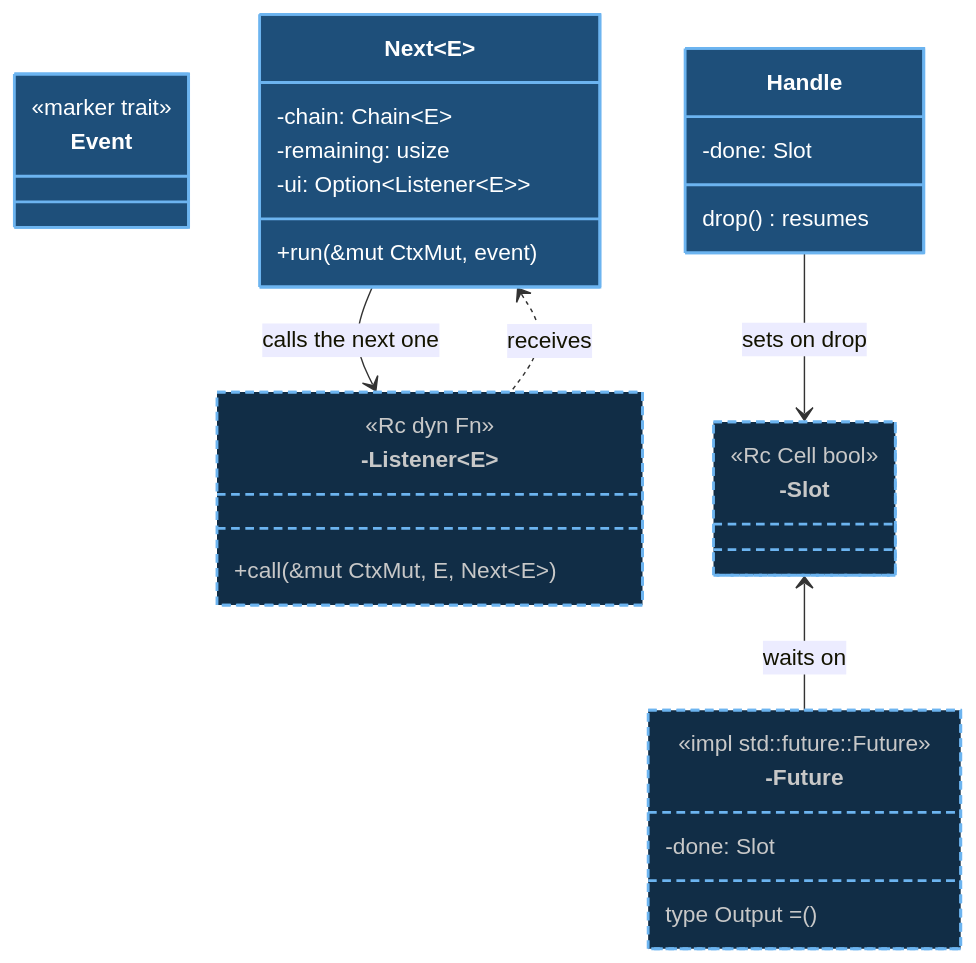
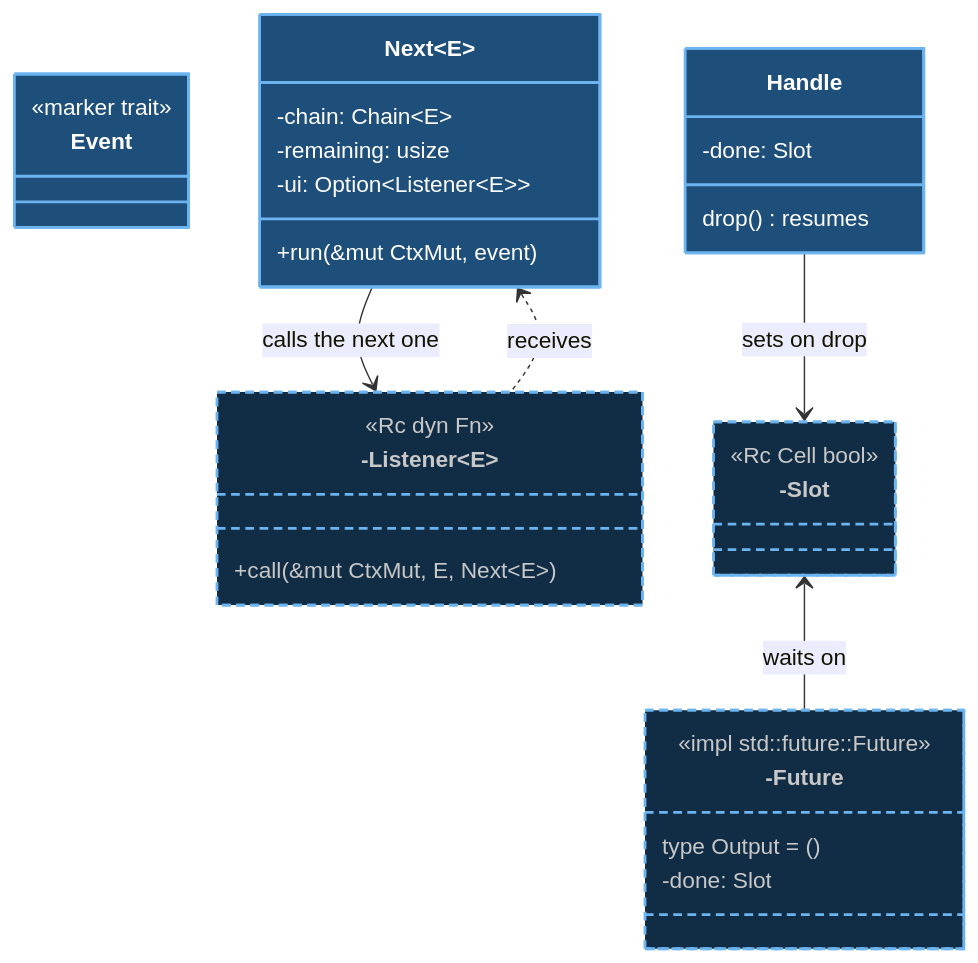
The fourth of 5 diagrams in book/src/next_turn/plan/types.md (andrewtc/posturn), drawn with Mermaid before and after one commit. The commit also changed other lines of this file, not shown here.

Commit message:
Fix garbled generics in plan class diagrams

````diff
--- a/book/src/next_turn/plan/types.md
+++ b/book/src/next_turn/plan/types.md
@@ -232,52 +240,54 @@
 ```mermaid
 %%{init: {"class": {"nodeSpacing": 40, "rankSpacing": 35}}}%%
 classDiagram
     direction TB
 
+    %% Generics that nest, or contain `()`, are written with HTML entities (`#lt;`, `#gt;`, `#40;`, `#41;`): Mermaid
+    %% misreads nested `~T~` generics as Markdown strikethrough, and treats any member containing `()` as a method.
     %% Layout: the order of declarations and the direction of each arrow (e.g. `A <.. B` instead of `B ..> A`, which
     %% means the same thing) were tuned by measuring rendered variants for size and edge crossings. Reordering lines
     %% or flipping arrows here can change the layout noticeably.
 
     class Event {
         <<marker trait>>
     }
 
     class Handle {
         -done: Slot
         drop() resumes
     }
 
     class Listener["-Listener#lt;E#gt;"] {
         <<Rc dyn Fn>>
         +call(&mut CtxMut, E, Next~E~)
     }
 
     class Future["-Future"] {
         <<impl std::future::Future>>
-        type Output = ()
+        type Output = #40;#41;
         -done: Slot
     }
 
     class Next~E~ {
         -chain: Chain~E~
         -remaining: usize
         -ui: Option~Listener~E~~
         +run(&mut CtxMut, event)
     }
 
     class Slot["-Slot"] {
         <<Rc Cell bool>>
     }
 
     Next --> Listener : calls the next one
     Handle --> Slot : sets on drop
     Next <.. Listener : receives
     Slot <-- Future : waits on
 
     style Event fill:#1e4f7a,stroke:#6cb4f0,stroke-width:2px,color:#ffffff
     style Listener fill:#112d46,stroke:#6cb4f0,stroke-width:2px,stroke-dasharray:6 4,color:#c8c8c8
     style Next fill:#1e4f7a,stroke:#6cb4f0,stroke-width:2px,color:#ffffff
     style Handle fill:#1e4f7a,stroke:#6cb4f0,stroke-width:2px,color:#ffffff
     style Future fill:#112d46,stroke:#6cb4f0,stroke-width:2px,stroke-dasharray:6 4,color:#c8c8c8
     style Slot fill:#112d46,stroke:#6cb4f0,stroke-width:2px,stroke-dasharray:6 4,color:#c8c8c8
 ```
````
